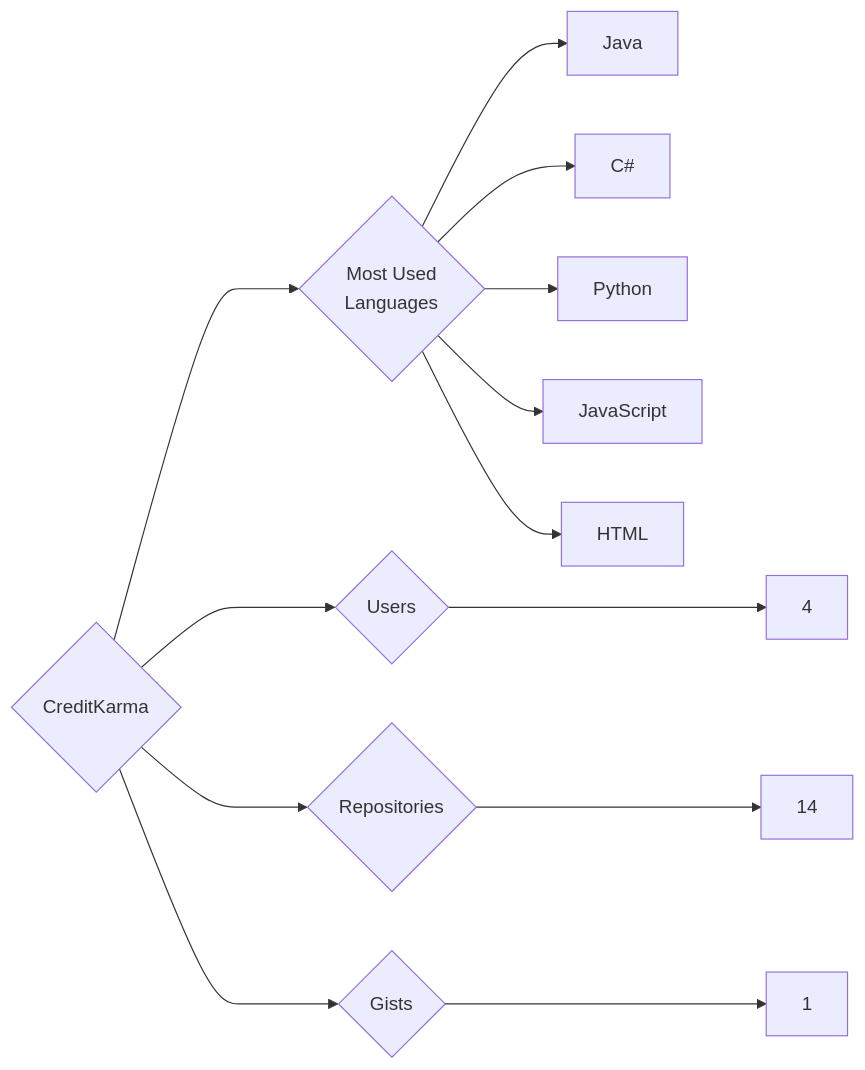
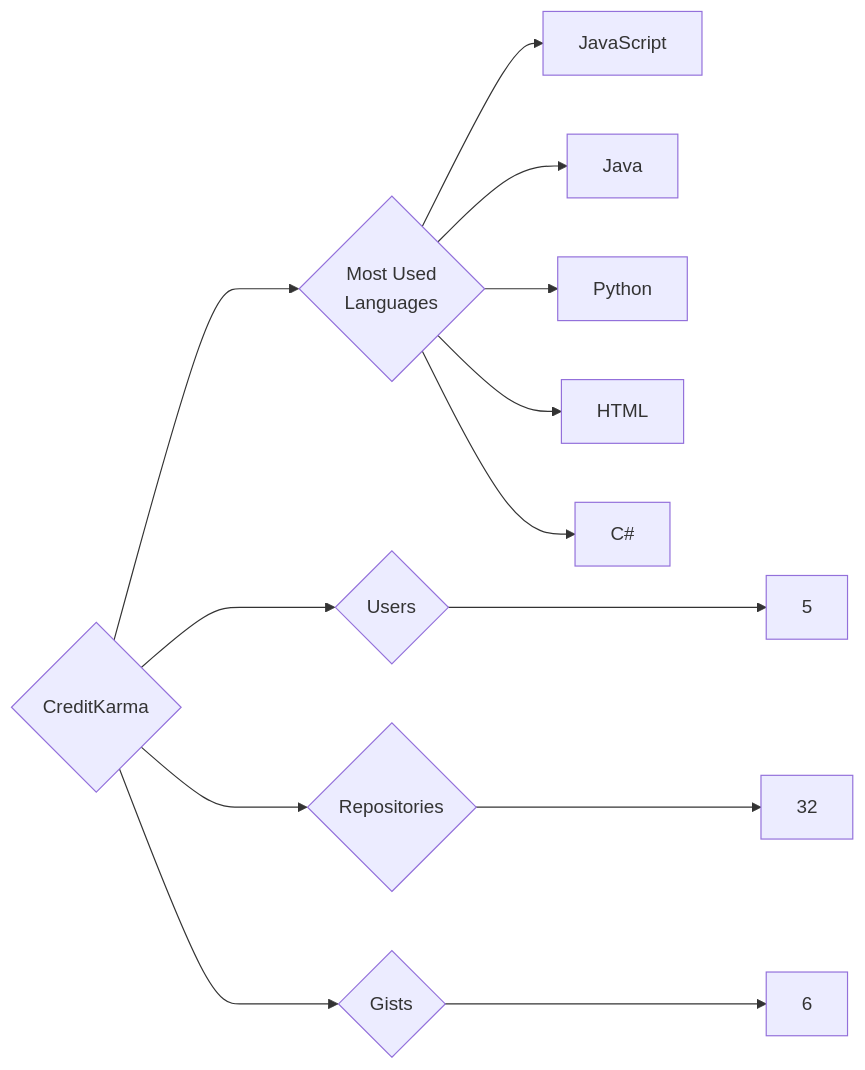
One commit to trickest/insiders changed the diagram in targets/CreditKarma/README.md. Above: the diagram before and after it, drawn with Mermaid. The commit also changed 1003 other files, not shown here.

````diff
--- a/targets/CreditKarma/README.md
+++ b/targets/CreditKarma/README.md
@@ -3,13 +3,13 @@
 ```mermaid
 graph LR
 COMPANY_NAME{CreditKarma}
-COMPANY_NAME ---> U{Users} ---> UN[4]
-COMPANY_NAME ---> R{Repositories} ---> RN[14]
-COMPANY_NAME ---> G{Gists} ---> GN[1]
+COMPANY_NAME ---> U{Users} ---> UN[5]
+COMPANY_NAME ---> R{Repositories} ---> RN[32]
+COMPANY_NAME ---> G{Gists} ---> GN[6]
 COMPANY_NAME ---> ML{Most Used<br>Languages}
+ML --> JavaScript[JavaScript]
 ML --> Java[Java]
+ML --> Python[Python]
+ML --> HTML[HTML]
 ML --> C#[C#]
-ML --> Python[Python]
-ML --> JavaScript[JavaScript]
-ML --> HTML[HTML]
 ```
````
